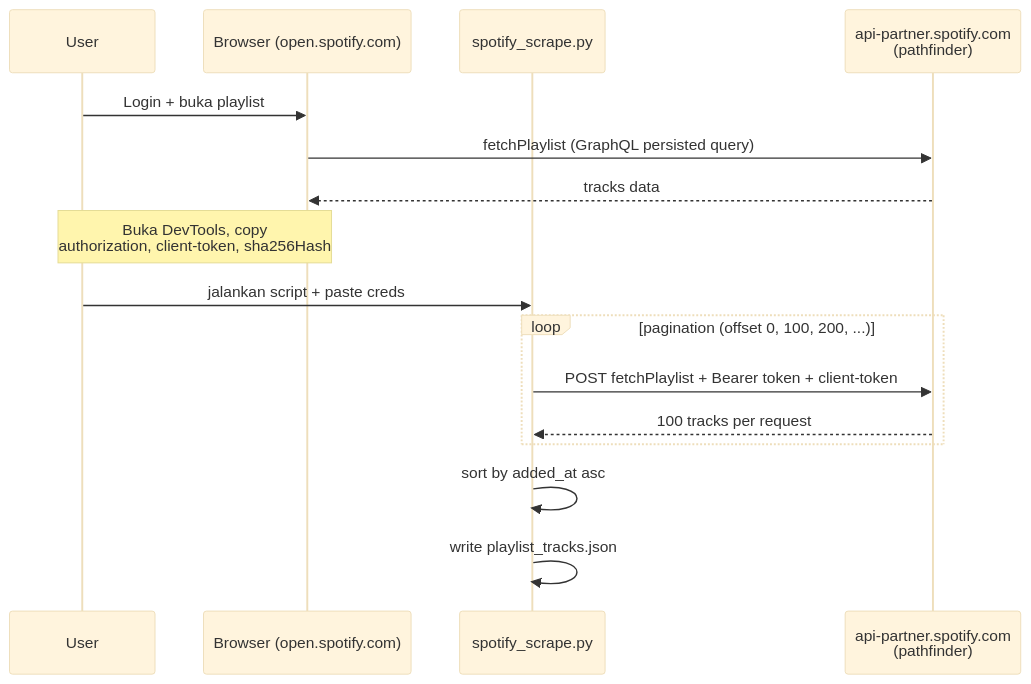
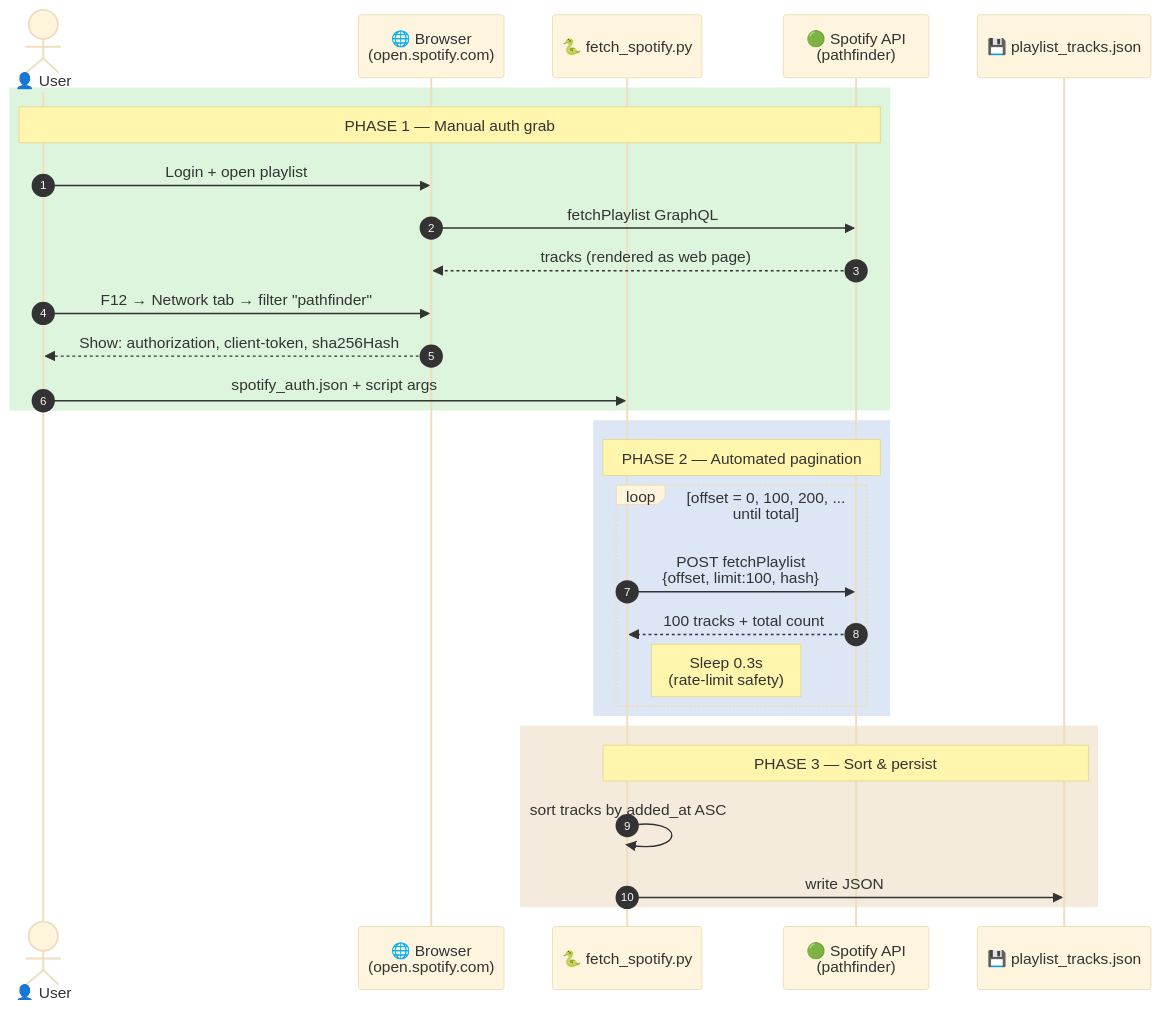
One commit to mohamadarvin25/spotify-to-ytmusic changed the second of 6 diagrams in HOW_IT_WORKS.md. Above: the diagram before and after it, drawn with Mermaid (base theme). The commit also changed other lines of this file, not shown here.

First line of the commit message:
Upgrade diagrams in HOW_IT_WORKS.md

````diff
--- a/HOW_IT_WORKS.md
+++ b/HOW_IT_WORKS.md
@@ -45,20 +67,34 @@
 ```mermaid
 sequenceDiagram
-    participant U as User
-    participant B as Browser (open.spotify.com)
-    participant S as spotify_scrape.py
-    participant API as api-partner.spotify.com<br/>(pathfinder)
+    autonumber
+    actor U as 👤 User
+    participant B as 🌐 Browser<br/>(open.spotify.com)
+    participant S as 🐍 fetch_spotify.py
+    participant API as 🟢 Spotify API<br/>(pathfinder)
+    participant FS as 💾 playlist_tracks.json
 
-    U->>B: Login + buka playlist
-    B->>API: fetchPlaylist (GraphQL persisted query)
-    API-->>B: tracks data
-    Note over U,B: Buka DevTools, copy<br/>authorization, client-token, sha256Hash
+    rect rgb(220, 245, 220)
+        Note over U,API: PHASE 1 — Manual auth grab
+        U->>B: Login + open playlist
+        B->>API: fetchPlaylist GraphQL
+        API-->>B: tracks (rendered as web page)
+        U->>B: F12 → Network tab → filter "pathfinder"
+        B-->>U: Show: authorization, client-token, sha256Hash
+        U->>S: spotify_auth.json + script args
+    end
 
-    U->>S: jalankan script + paste creds
-    loop pagination (offset 0, 100, 200, ...)
-        S->>API: POST fetchPlaylist + Bearer token + client-token
-        API-->>S: 100 tracks per request
+    rect rgb(220, 230, 245)
+        Note over S,API: PHASE 2 — Automated pagination
+        loop offset = 0, 100, 200, ... until total
+            S->>API: POST fetchPlaylist<br/>{offset, limit:100, hash}
+            API-->>S: 100 tracks + total count
+            Note right of S: Sleep 0.3s<br/>(rate-limit safety)
+        end
     end
-    S->>S: sort by added_at asc
-    S->>S: write playlist_tracks.json
+
+    rect rgb(245, 235, 220)
+        Note over S,FS: PHASE 3 — Sort & persist
+        S->>S: sort tracks by added_at ASC
+        S->>FS: write JSON
+    end
 ```
````
